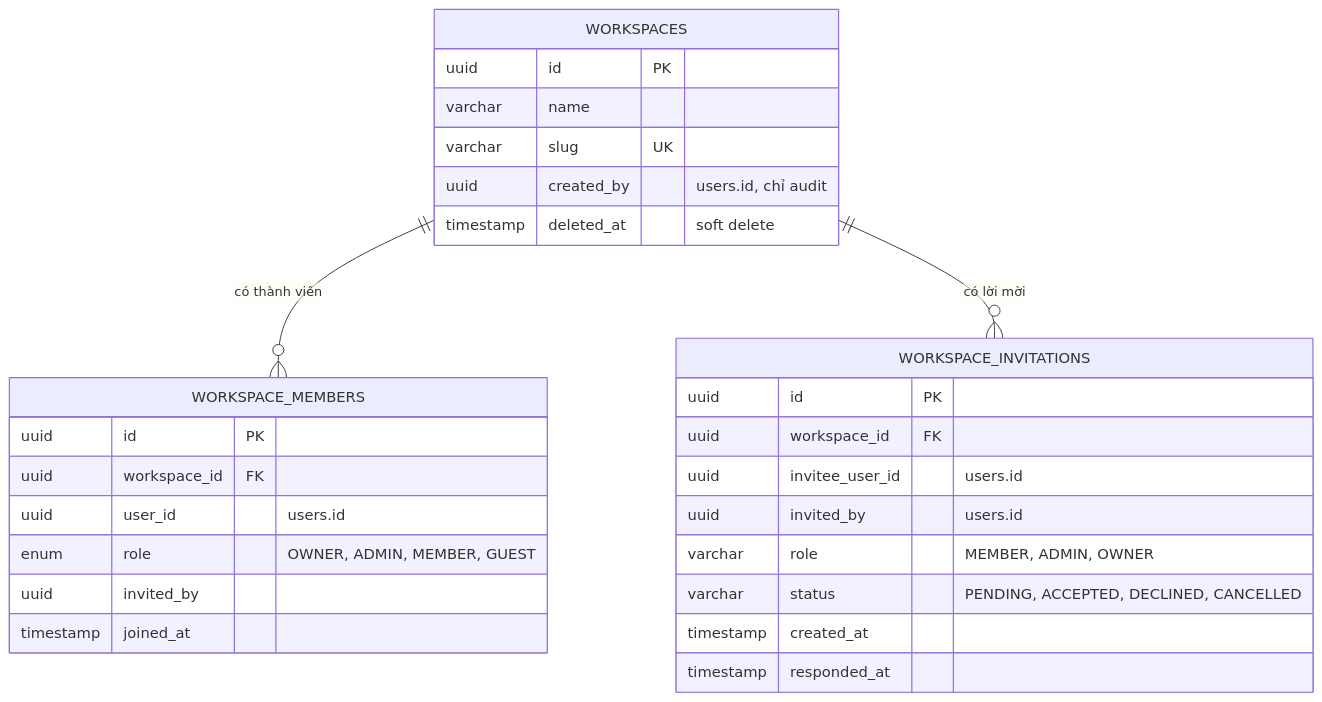
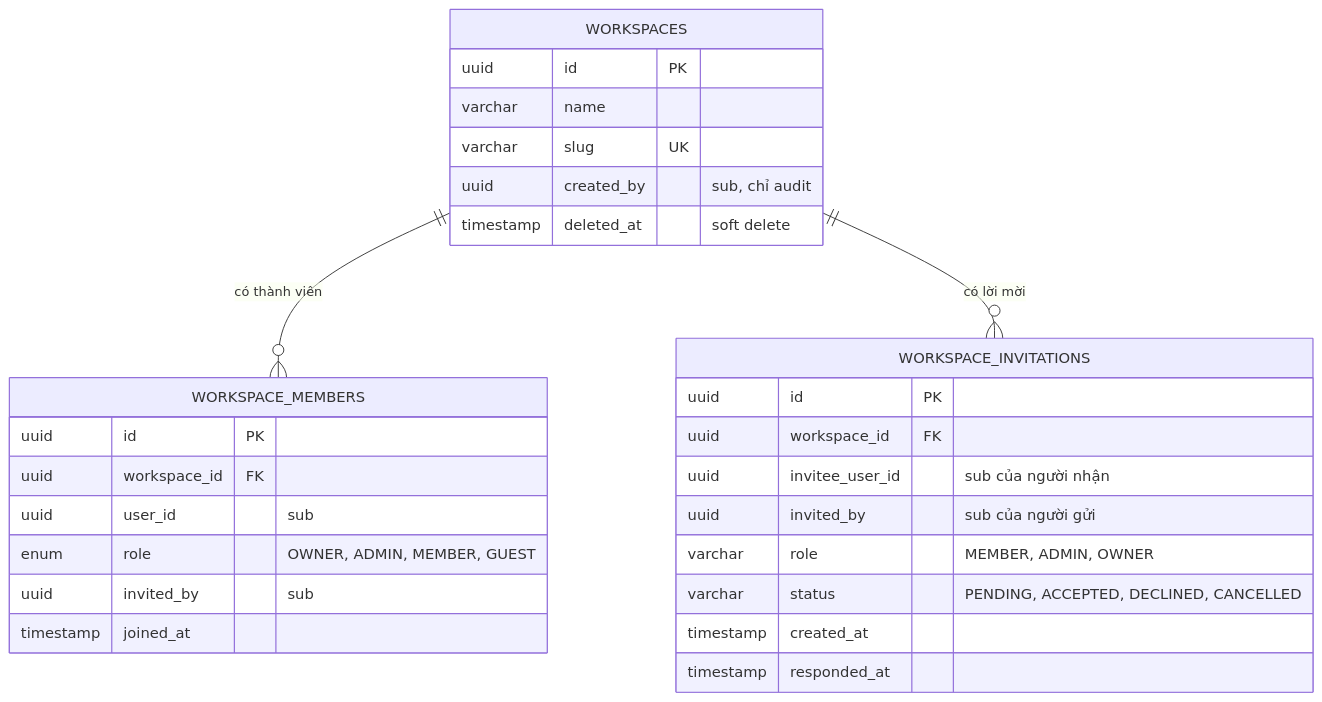
Before and after one commit to Hecker-Chuoi/DATN-2026: the fourth of 22 diagrams in formal_doc/01_QUAN_HE_THUC_THE.md, drawn with Mermaid. The commit also changed other lines of this file and 2 other files, not shown here.

First line of the commit message:
docs(formal): cập nhật định danh người dùng sau khi thống nhất về Keycloak sub

````diff
--- a/formal_doc/01_QUAN_HE_THUC_THE.md
+++ b/formal_doc/01_QUAN_HE_THUC_THE.md
@@ -118,30 +124,30 @@
 ```mermaid
 erDiagram
     WORKSPACES ||--o{ WORKSPACE_MEMBERS : "có thành viên"
     WORKSPACES ||--o{ WORKSPACE_INVITATIONS : "có lời mời"
     WORKSPACES {
         uuid id PK
         varchar name
         varchar slug UK
-        uuid created_by "users.id, chỉ audit"
+        uuid created_by "sub, chỉ audit"
         timestamp deleted_at "soft delete"
     }
     WORKSPACE_MEMBERS {
         uuid id PK
         uuid workspace_id FK
-        uuid user_id "users.id"
+        uuid user_id "sub"
         enum role "OWNER, ADMIN, MEMBER, GUEST"
-        uuid invited_by
+        uuid invited_by "sub"
         timestamp joined_at
     }
     WORKSPACE_INVITATIONS {
         uuid id PK
         uuid workspace_id FK
-        uuid invitee_user_id "users.id"
-        uuid invited_by "users.id"
+        uuid invitee_user_id "sub của người nhận"
+        uuid invited_by "sub của người gửi"
         varchar role "MEMBER, ADMIN, OWNER"
         varchar status "PENDING, ACCEPTED, DECLINED, CANCELLED"
         timestamp created_at
         timestamp responded_at
     }
 ```
````
